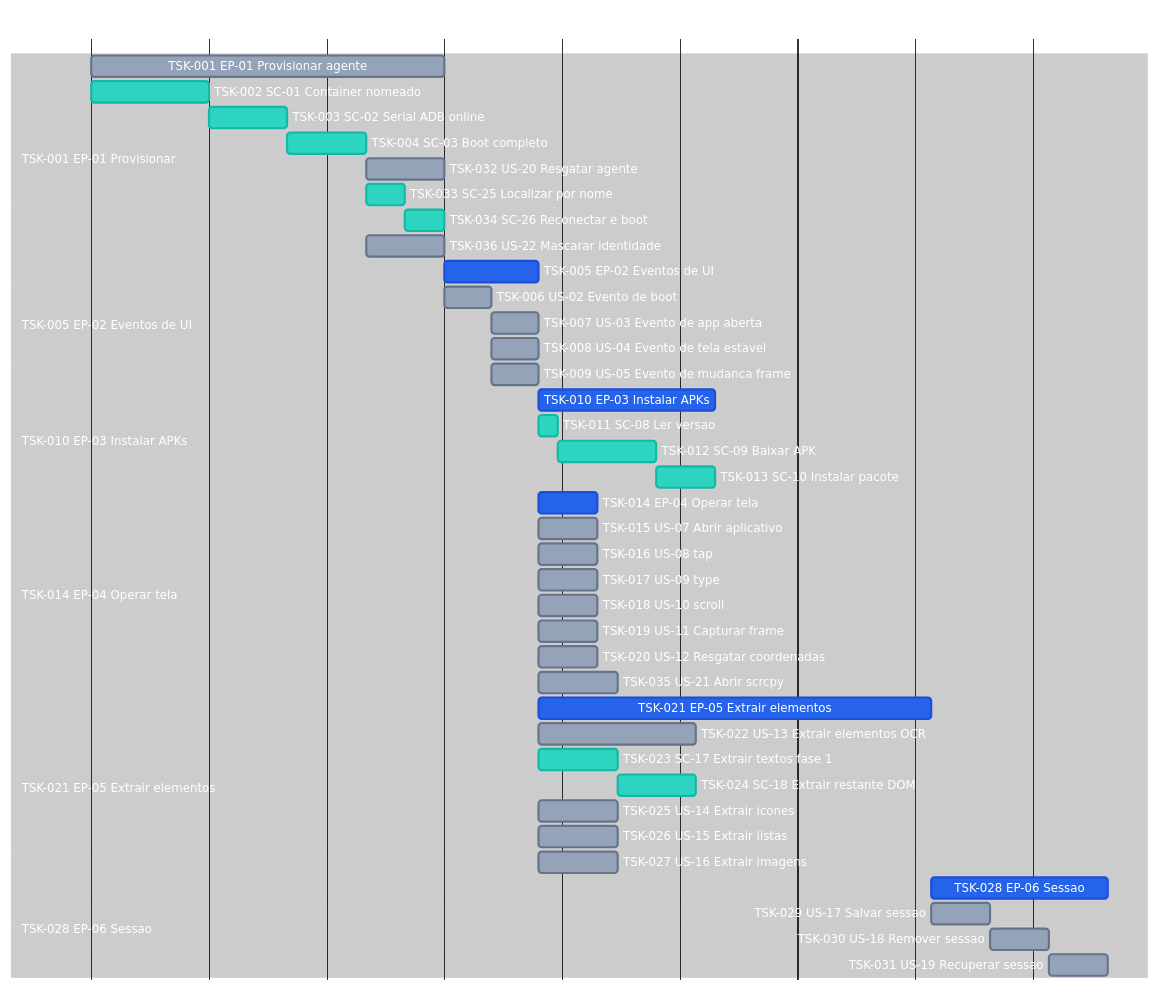
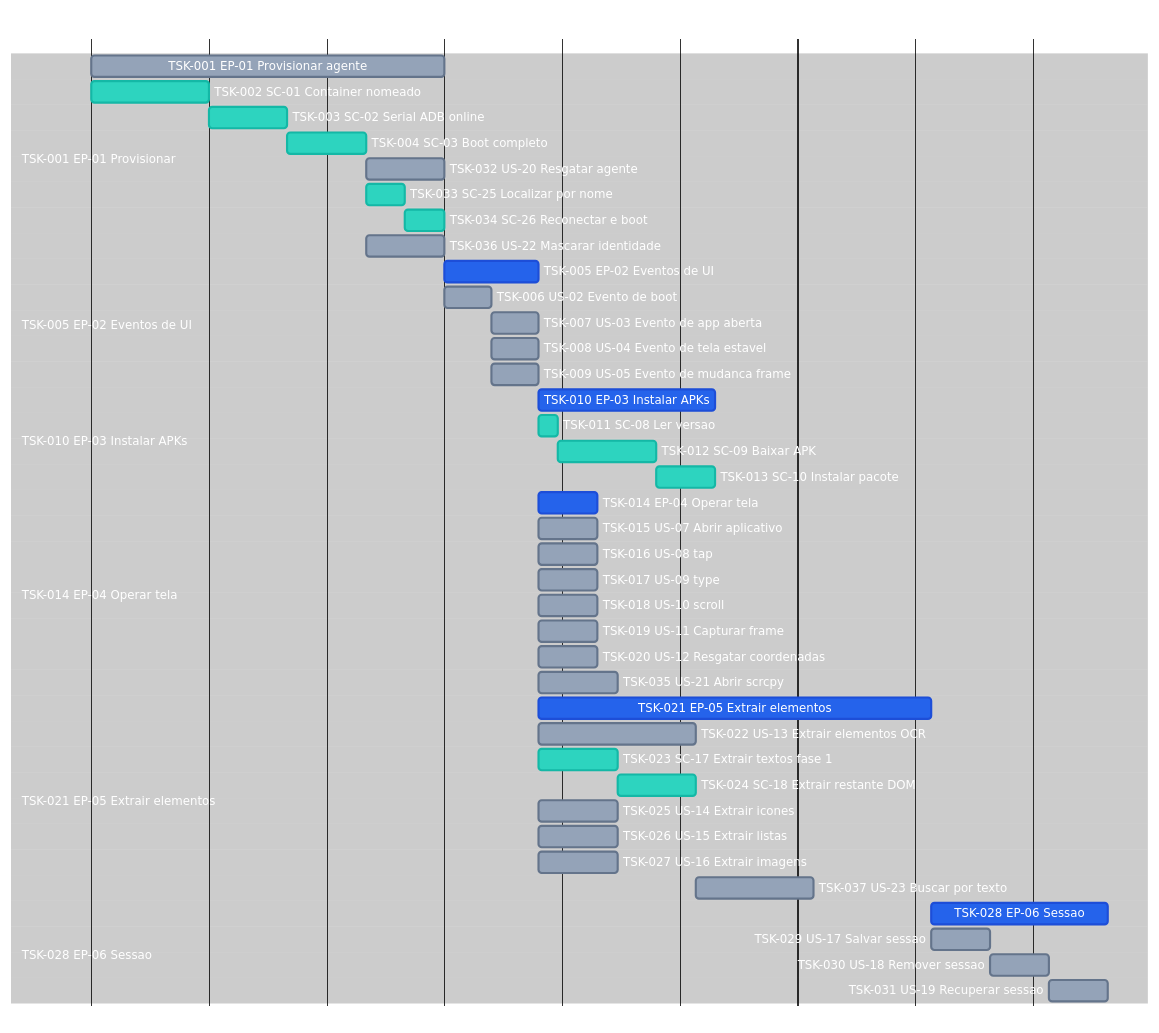
Before and after one commit to laerciogermano/workstation: the diagram in screen-robot/7.tasks.md, drawn with Mermaid. The commit also changed other lines of this file and 8 other files, not shown here.

Commit message:
Documenta US-23: buscar elemento(s) por texto com score de similaridade (OCR partido).

```diff
--- a/screen-robot/7.tasks.md
+++ b/screen-robot/7.tasks.md
@@ -93,6 +93,7 @@
   TSK-025 US-14 Extrair icones          :tsk25, after tsk09, 20m
   TSK-026 US-15 Extrair listas          :tsk26, after tsk09, 20m
   TSK-027 US-16 Extrair imagens         :tsk27, after tsk09, 20m
+  TSK-037 US-23 Buscar por texto        :tsk37, after tsk22, 30m
 
   section TSK-028 EP-06 Sessao
   TSK-028 EP-06 Sessao                  :done, tsk28, after tsk21, 45m
```
